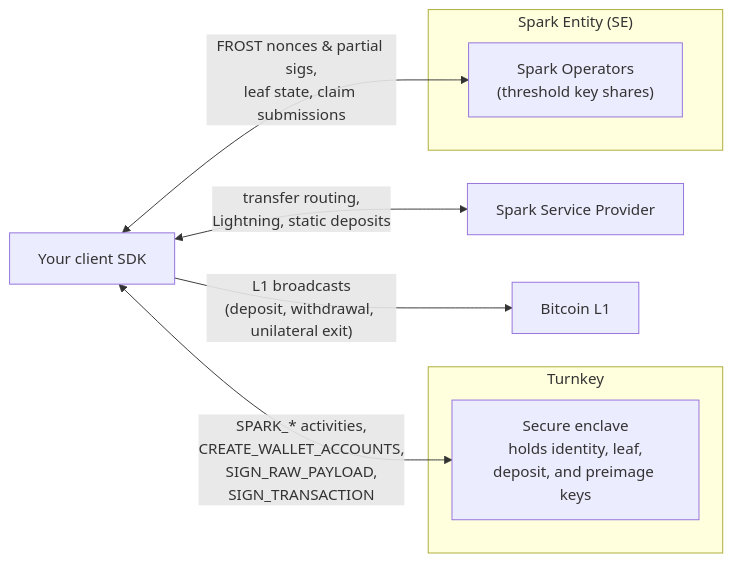
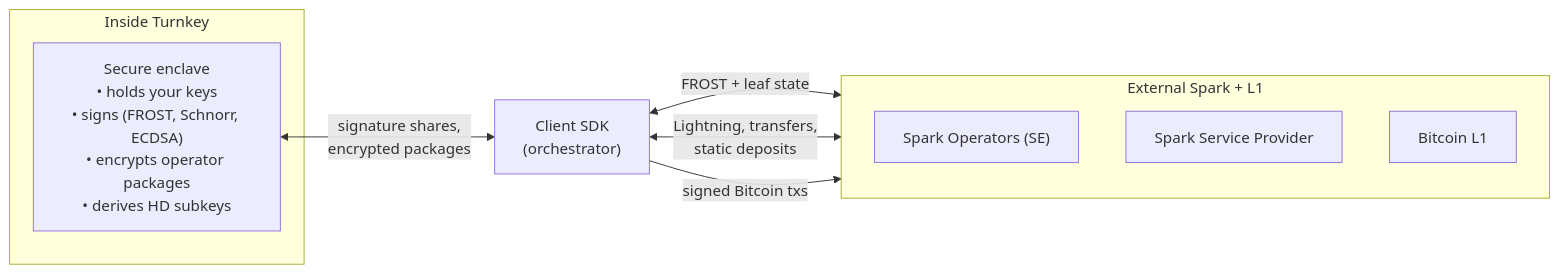
The diagram in features/networks/spark.mdx (tkhq/docs), drawn with Mermaid before and after one commit. The commit also changed other lines of this file, not shown here.

Commit message:
updated diagram

````diff
--- a/features/networks/spark.mdx
+++ b/features/networks/spark.mdx
@@ -22,20 +22,20 @@
 ```mermaid
 graph LR
-    Client["Your client SDK"]
-
-    subgraph TK["Turnkey"]
-      Enclave["Secure enclave<br/>holds identity, leaf,<br/>deposit, and preimage keys"]
+    subgraph TK["Inside Turnkey"]
+      E["Secure enclave<br/>• holds your keys<br/>• signs (FROST, Schnorr, ECDSA)<br/>• encrypts operator packages<br/>• derives HD subkeys"]
     end
 
-    subgraph SE["Spark Entity (SE)"]
-      SOs["Spark Operators<br/>(threshold key shares)"]
+    C["Client SDK<br/>(orchestrator)"]
+
+    subgraph SP["External Spark + L1"]
+      direction TB
+      SO["Spark Operators (SE)"]
+      SSP["Spark Service Provider"]
+      L1["Bitcoin L1"]
     end
 
-    SSP["Spark Service Provider"]
-    L1["Bitcoin L1"]
-
-    Client <-->|"SPARK_* activities,<br/>CREATE_WALLET_ACCOUNTS,<br/>SIGN_RAW_PAYLOAD,<br/>SIGN_TRANSACTION"| Enclave
-    Client <-->|"FROST nonces & partial sigs,<br/>leaf state, claim submissions"| SOs
-    Client <-->|"transfer routing,<br/>Lightning, static deposits"| SSP
-    Client -->|"L1 broadcasts<br/>(deposit, withdrawal, unilateral exit)"| L1
+    E <-->|"signature shares,<br/>encrypted packages"| C
+    C <-->|"FROST + leaf state"| SO
+    C <-->|"Lightning, transfers,<br/>static deposits"| SSP
+    C -->|"signed Bitcoin txs"| L1
 ```
````
